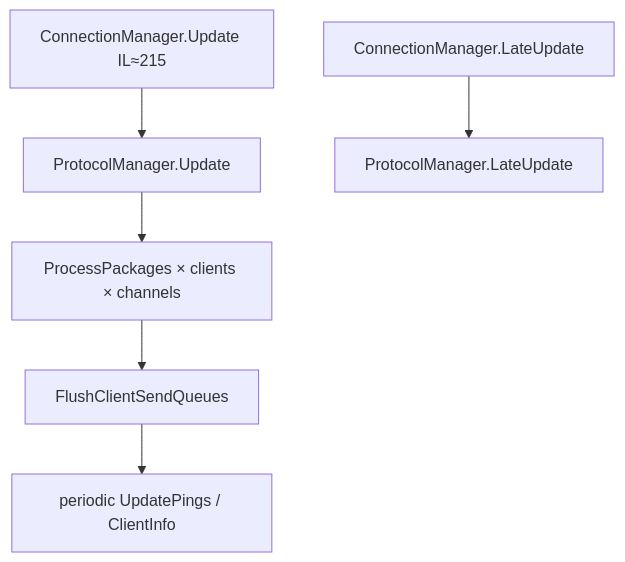
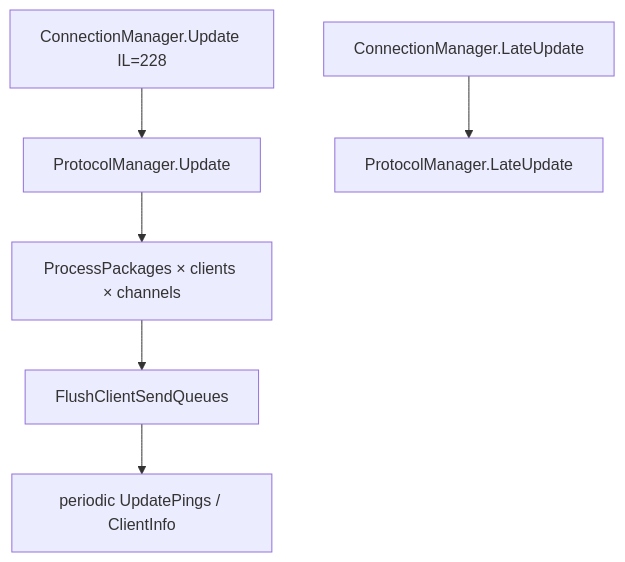
The first of 5 diagrams in docs/network.md (hordeforge/7dtd-engine-research), drawn with Mermaid before and after one commit.

Commit message:
Tier-C: fix ConnectionManager.Update diagram IL (≈215 -> 228)

````diff
--- a/docs/network.md
+++ b/docs/network.md
@@ -19,10 +19,10 @@
 ```mermaid
 flowchart TD
-  CU[ConnectionManager.Update IL≈215]
+  CU[ConnectionManager.Update IL=228]
   CU --> PU[ProtocolManager.Update]
   PU --> PP[ProcessPackages × clients × channels]
   PP --> FL[FlushClientSendQueues]
   FL --> PI[periodic UpdatePings / ClientInfo]
   CL[ConnectionManager.LateUpdate]
   CL --> PL[ProtocolManager.LateUpdate]
 ```
````
